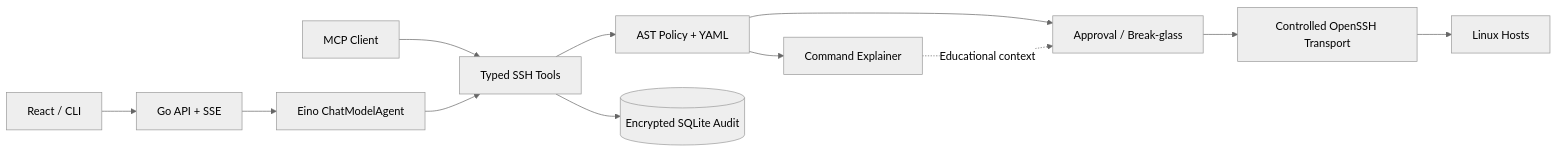
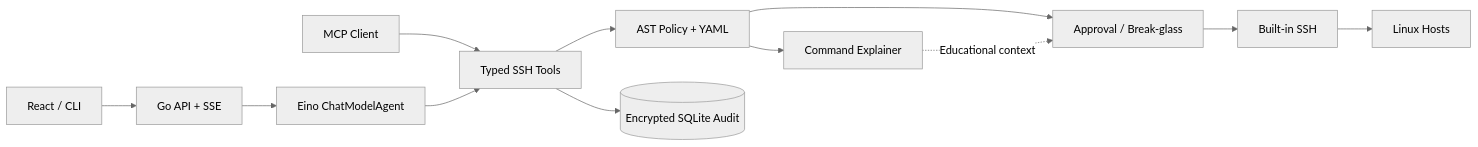
The diagram in README.md (Enterpr1se0/eino-ops-agent), drawn with Mermaid (neutral theme) before and after one commit. The commit also changed other lines of this file and 44 other files, not shown here.

````diff
--- a/README.md
+++ b/README.md
@@ -21,14 +21,14 @@
 ```mermaid
 flowchart LR
     UI[React / CLI] --> API[Go API + SSE]
     API --> Eino[Eino ChatModelAgent]
     MCP[MCP Client] --> Tools[Typed SSH Tools]
     Eino --> Tools
     Tools --> Policy[AST Policy + YAML]
     Policy --> Approval[Approval / Break-glass]
     Policy --> Explain[Command Explainer]
     Explain -. Educational context .-> Approval
-    Approval --> SSH[Controlled OpenSSH Transport]
+    Approval --> SSH[Built-in SSH]
     SSH --> Host[Linux Hosts]
     Tools --> Audit[(Encrypted SQLite Audit)]
 ```
````
